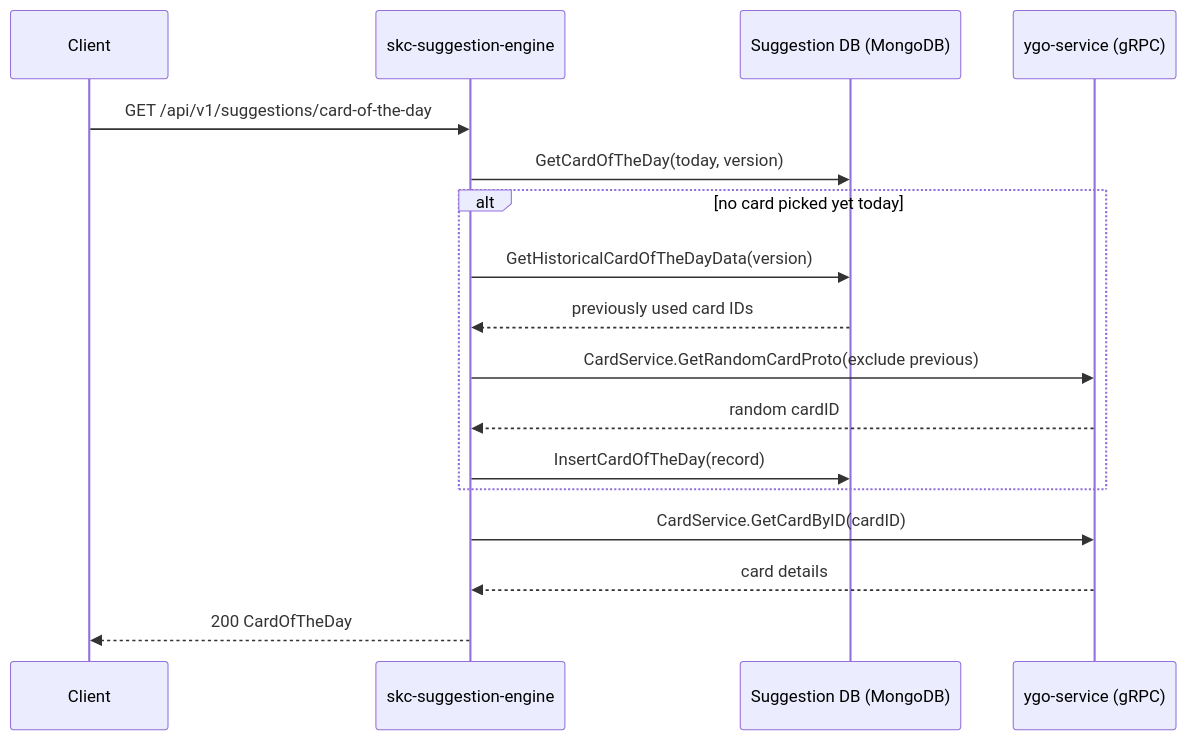
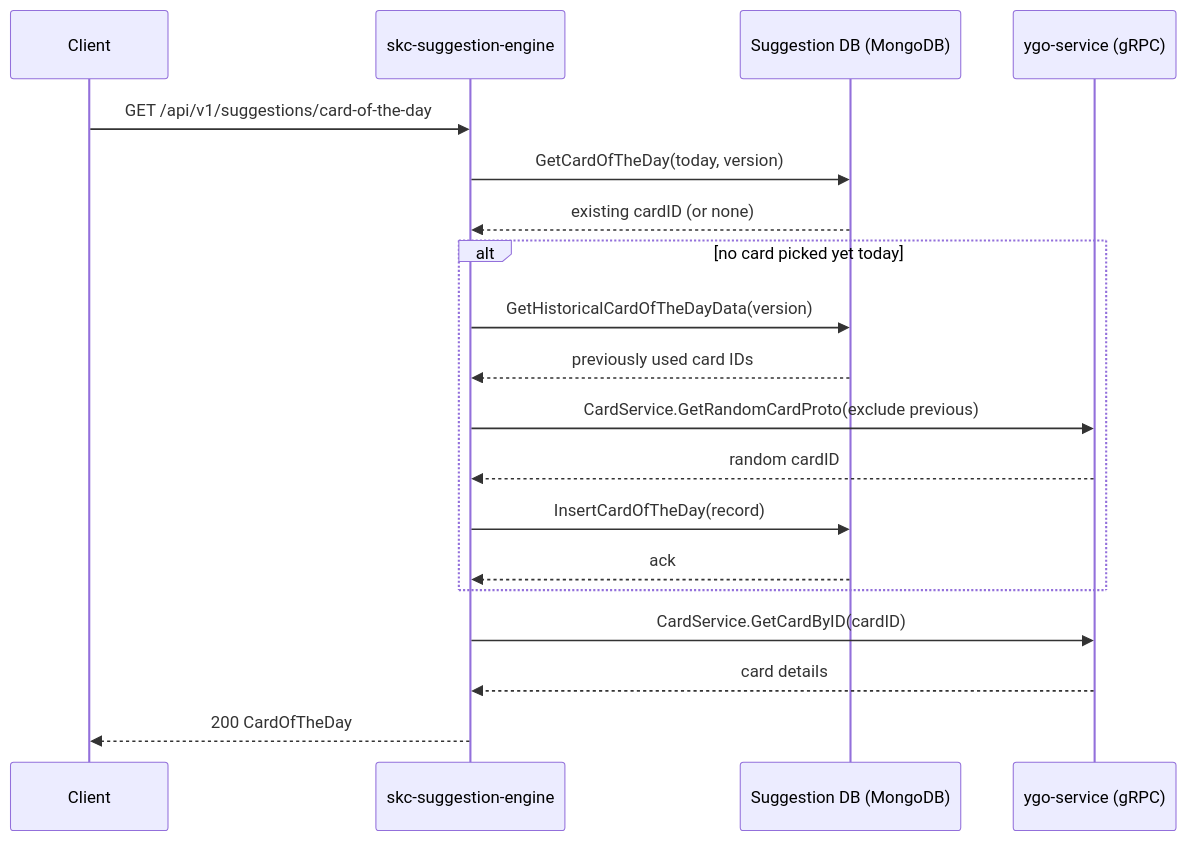
Before and after one commit to ygo-skc/skc-suggestion-engine: the third of 13 diagrams in SYSTEM_DESIGN.md, drawn with Mermaid. The commit also changed other lines of this file, not shown here.

````diff
--- a/SYSTEM_DESIGN.md
+++ b/SYSTEM_DESIGN.md
@@ -45,20 +45,22 @@
 ```mermaid
 sequenceDiagram
     participant Client
     participant API as skc-suggestion-engine
     participant DB as Suggestion DB (MongoDB)
     participant YGO as ygo-service (gRPC)
 
     Client->>API: GET /api/v1/suggestions/card-of-the-day
     API->>DB: GetCardOfTheDay(today, version)
+    DB-->>API: existing cardID (or none)
     alt no card picked yet today
         API->>DB: GetHistoricalCardOfTheDayData(version)
         DB-->>API: previously used card IDs
         API->>YGO: CardService.GetRandomCardProto(exclude previous)
         YGO-->>API: random cardID
         API->>DB: InsertCardOfTheDay(record)
+        DB-->>API: ack
     end
     API->>YGO: CardService.GetCardByID(cardID)
     YGO-->>API: card details
     API-->>Client: 200 CardOfTheDay
 ```
````
